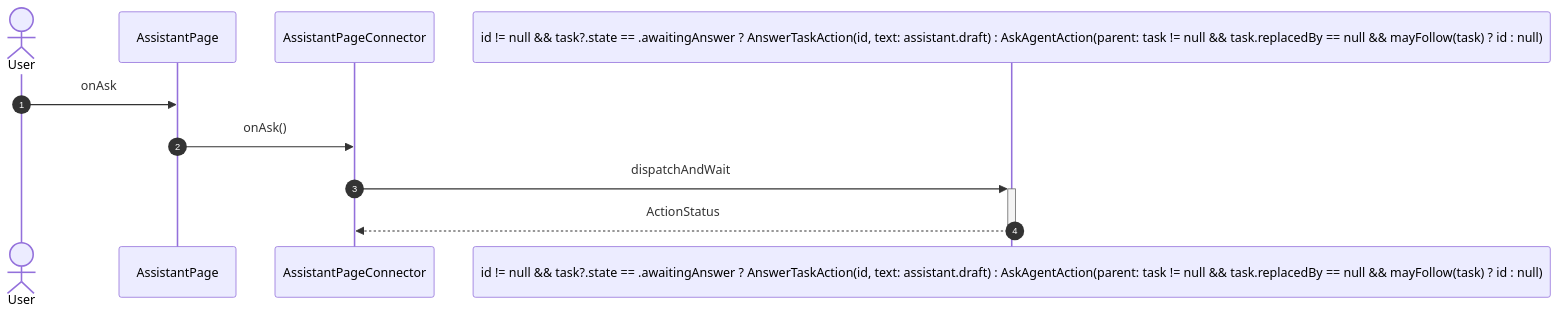
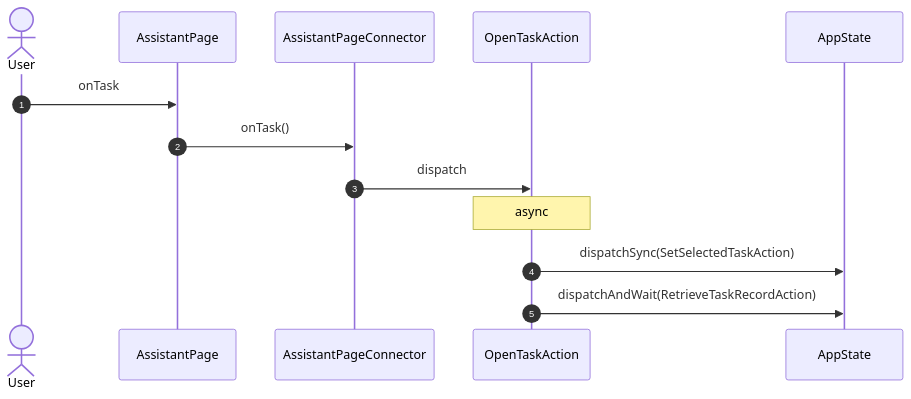
One commit to gencto/wyrm changed diagram 21 of 23 in studio/docs/flows/assistant.md. Above: the diagram before and after it, drawn with Mermaid. The commit also changed other lines of this file and 94 other files, not shown here.

First line of the commit message:
studio: assistant: typed wire, words in ui, one action per intent

````diff
--- a/studio/docs/flows/assistant.md
+++ b/studio/docs/flows/assistant.md
@@ -482,13 +382,16 @@
 ```mermaid
 sequenceDiagram
     autonumber
     actor User
     participant UI as AssistantPage
     participant VM as AssistantPageConnector
-    participant A1 as id != null && task?.state == .awaitingAnswer ? AnswerTaskAction(id, text: assistant.draft) : AskAgentAction(parent: task != null && task.replacedBy == null && mayFollow(task) ? id : null)
+    participant A1 as OpenTaskAction
+    participant ST as AppState
 
-    User->>UI: onAsk
-    UI->>VM: onAsk()
-    VM->>+A1: dispatchAndWait
-    A1-->>-VM: ActionStatus
+    User->>UI: onTask
+    UI->>VM: onTask()
+    VM->>A1: dispatch
+    Note over A1: async
+    A1->>ST: dispatchSync(SetSelectedTaskAction)
+    A1->>ST: dispatchAndWait(RetrieveTaskRecordAction)
 ```
````
